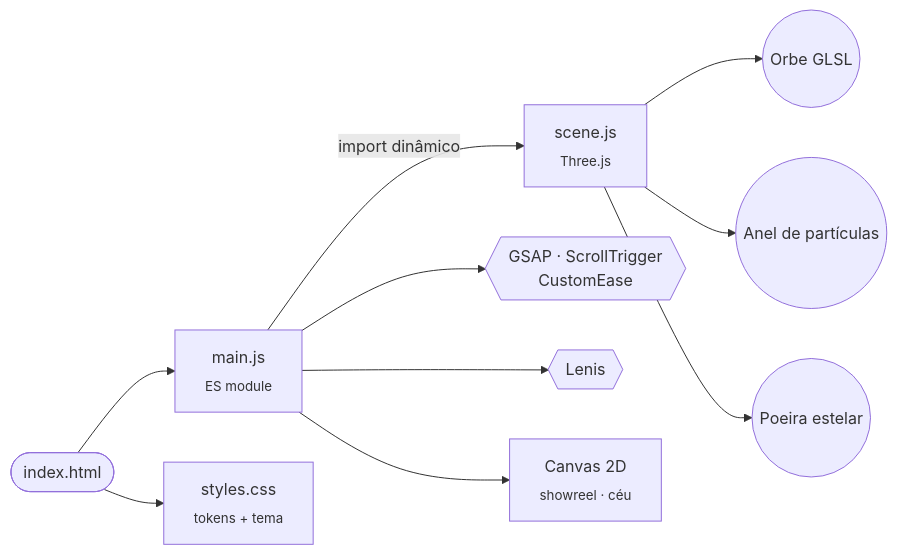
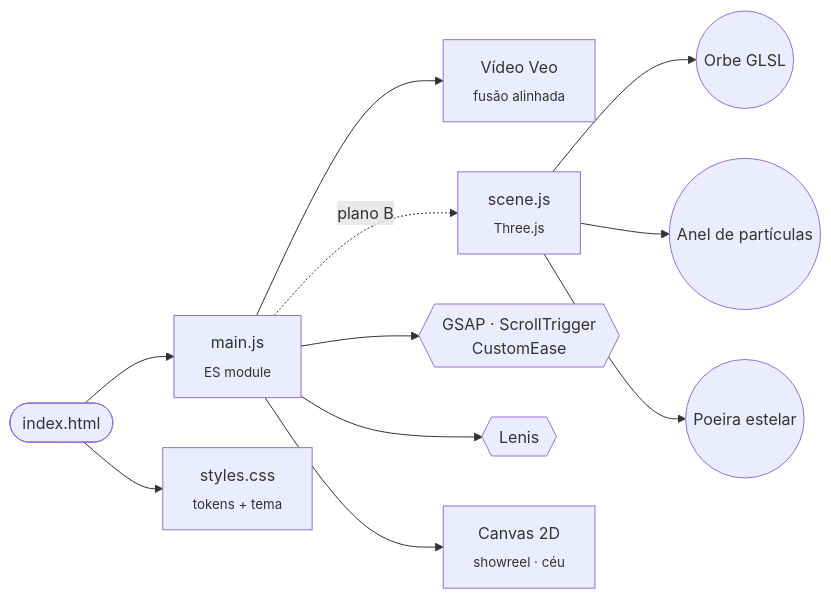
The diagram in README.md (gabrielnovaesdev/Nebula), drawn with Mermaid before and after one commit. The commit also changed other lines of this file and 17 other files, not shown here.

````diff
--- a/README.md
+++ b/README.md
@@ -100,12 +100,13 @@
 ```mermaid
 flowchart LR
     A([index.html]) --> B[main.js<br/><sub>ES module</sub>]
     A --> C[styles.css<br/><sub>tokens + tema</sub>]
-    B -- import dinâmico --> D[scene.js<br/><sub>Three.js</sub>]
+    B --> V[Vídeo Veo<br/><sub>fusão alinhada</sub>]
+    B -. plano B .-> D[scene.js<br/><sub>Three.js</sub>]
     B --> E{{GSAP · ScrollTrigger<br/>CustomEase}}
     B --> F{{Lenis}}
     D --> G((Orbe GLSL))
     D --> H((Anel de partículas))
     D --> I((Poeira estelar))
     B --> J[Canvas 2D<br/><sub>showreel · céu</sub>]
 ```
````
